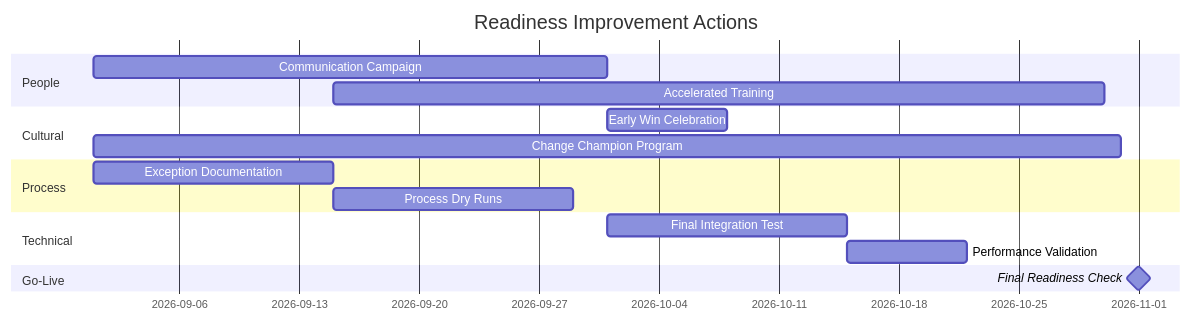
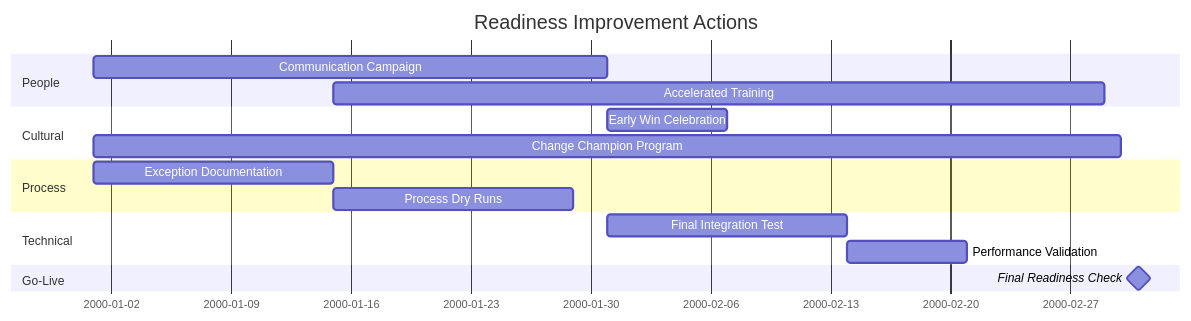
Before and after one commit to oat431/swe-knowledge: the fourth of 4 diagrams in document-template/01_Business_Analysis_and_strategy/Enterprise-Readiness-Assessment.md, drawn with Mermaid. The commit also changed other lines of this file and 56 other files, not shown here.

````diff
--- a/document-template/01_Business_Analysis_and_strategy/Enterprise-Readiness-Assessment.md
+++ b/document-template/01_Business_Analysis_and_strategy/Enterprise-Readiness-Assessment.md
@@ -374,19 +398,20 @@
 ```mermaid
 gantt
     title Readiness Improvement Actions
     dateFormat YYYY-MM-DD
+    %% Placeholder schedule: base 2000-01-01 = project start; recompute real dates when instantiating
     section People
-    Communication Campaign  :a1, 2026-09-01, 30d
-    Accelerated Training    :a2, 2026-09-15, 45d
+    Communication Campaign  :a1, 2000-01-01, 30d
+    Accelerated Training    :a2, 2000-01-15, 45d
     section Cultural
-    Early Win Celebration   :b1, 2026-10-01, 7d
-    Change Champion Program :b2, 2026-09-01, 60d
+    Early Win Celebration   :b1, 2000-01-31, 7d
+    Change Champion Program :b2, 2000-01-01, 60d
     section Process
-    Exception Documentation :c1, 2026-09-01, 14d
+    Exception Documentation :c1, 2000-01-01, 14d
     Process Dry Runs        :c2, after c1, 14d
     section Technical
-    Final Integration Test  :d1, 2026-10-01, 14d
+    Final Integration Test  :d1, 2000-01-31, 14d
     Performance Validation  :d2, after d1, 7d
     section Go-Live
-    Final Readiness Check   :milestone, 2026-11-01, 0d
+    Final Readiness Check   :milestone, 2000-03-02, 0d
 ```
````
